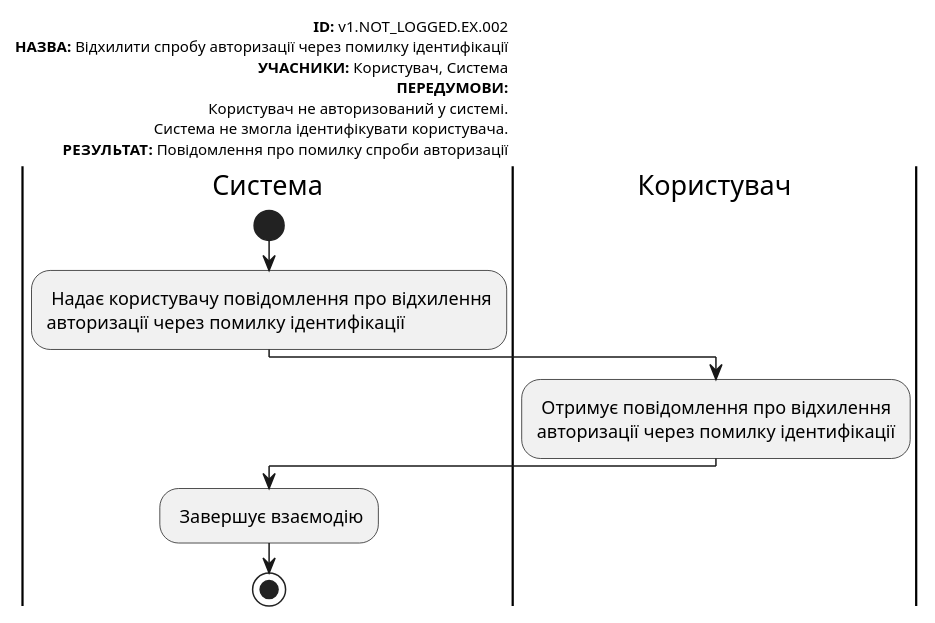
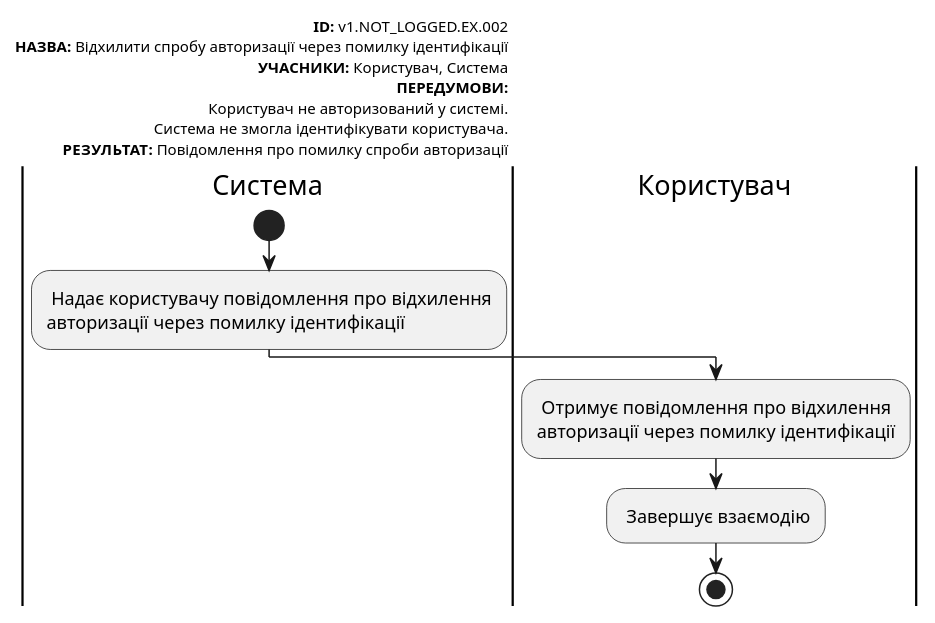
Before and after one commit to Znskiy/survey-expert: diagram 17 of 18 in docs/use cases/README.md, drawn with PlantUML. The commit also changed other lines of this file, not shown here.

```diff
--- a/docs/use cases/README.md
+++ b/docs/use cases/README.md
@@ -942,26 +924,24 @@
 @startuml
 
     left header
          <font color=000 size=10><b>ID:</b> v1.NOT_LOGGED.EX.002
          <font color=000 size=10><b>НАЗВА:</b> Відхилити спробу авторизації через помилку ідентифікації
          <font color=000 size=10><b>УЧАСНИКИ:</b> Користувач, Система
          <font color=000 size=10><b>ПЕРЕДУМОВИ:</b>
          <font color=000 size=10>Користувач не авторизований у системі.
          <font color=000 size=10>Система не змогла ідентифікувати користувача.
          <font color=000 size=10><b>РЕЗУЛЬТАТ:</b> Повідомлення про помилку спроби авторизації
      end header
 
      |Система|
          start
          : Надає користувачу повідомлення про відхилення
          авторизації через помилку ідентифікації;
 
      |Користувач|
          : Отримує повідомлення про відхилення
          авторизації через помилку ідентифікації;
-
-     |Система|
          : Завершує взаємодію;
          stop;
 
 @enduml
```
